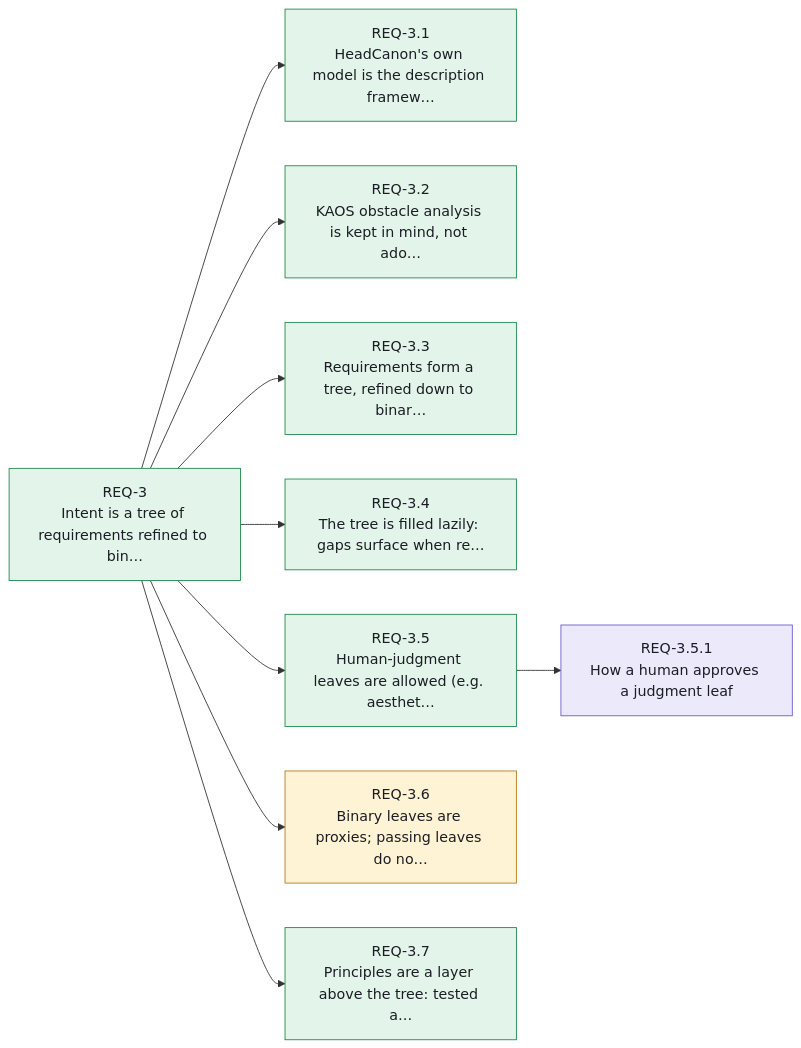
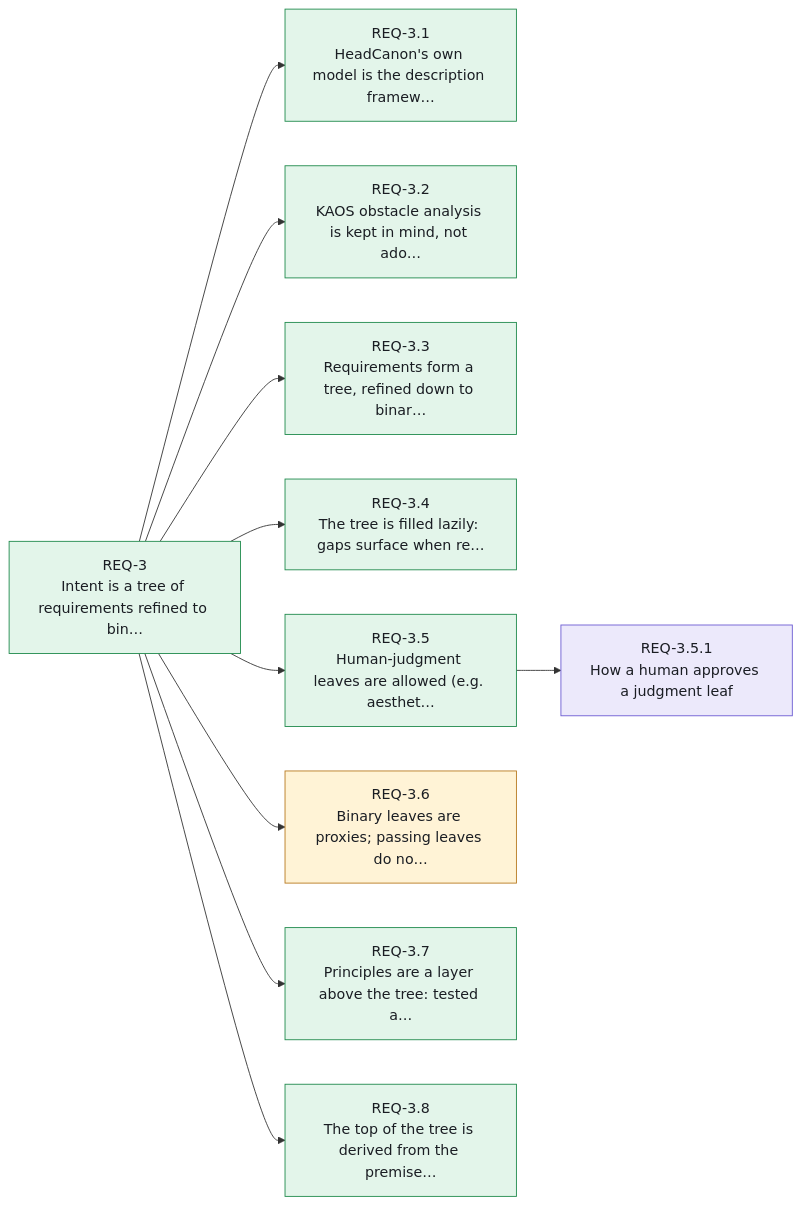
Before and after one commit to Althis/headcanon: the fourth of 14 diagrams in canon/INDEX.md, drawn with Mermaid. The commit also changed other lines of this file and 2 other files, not shown here.

First line of the commit message:
feat(plugin): derive the top of the tree from the premise

````diff
--- a/canon/INDEX.md
+++ b/canon/INDEX.md
@@ -253,25 +255,27 @@
 ```mermaid
 flowchart LR
     REQ_3["REQ-3<br/>Intent is a tree of requirements refined to bin…"]:::stated
     REQ_3_1["REQ-3.1<br/>HeadCanon's own model is the description framew…"]:::stated
     REQ_3_2["REQ-3.2<br/>KAOS obstacle analysis is kept in mind, not ado…"]:::stated
     REQ_3_3["REQ-3.3<br/>Requirements form a tree, refined down to binar…"]:::stated
     REQ_3_4["REQ-3.4<br/>The tree is filled lazily: gaps surface when re…"]:::stated
     REQ_3_5["REQ-3.5<br/>Human-judgment leaves are allowed (e.g. aesthet…"]:::stated
     REQ_3_5_1["REQ-3.5.1<br/>How a human approves a judgment leaf"]:::open
     REQ_3_6["REQ-3.6<br/>Binary leaves are proxies; passing leaves do no…"]:::assumed
     REQ_3_7["REQ-3.7<br/>Principles are a layer above the tree: tested a…"]:::stated
+    REQ_3_8["REQ-3.8<br/>The top of the tree is derived from the premise…"]:::stated
     REQ_3 --> REQ_3_1
     REQ_3 --> REQ_3_2
     REQ_3 --> REQ_3_3
     REQ_3 --> REQ_3_4
     REQ_3 --> REQ_3_5
     REQ_3_5 --> REQ_3_5_1
     REQ_3 --> REQ_3_6
     REQ_3 --> REQ_3_7
+    REQ_3 --> REQ_3_8
     classDef stated fill:#e3f5ea,stroke:#1f8a4c,color:#1a1d23
     classDef resolved fill:#e8efff,stroke:#2563eb,color:#1a1d23
     classDef assumed fill:#fff3d6,stroke:#b7791f,color:#1a1d23
     classDef open fill:#ece9fb,stroke:#6b5bd2,color:#1a1d23
     classDef contested fill:#fde7e8,stroke:#d13438,color:#1a1d23
 ```
````
